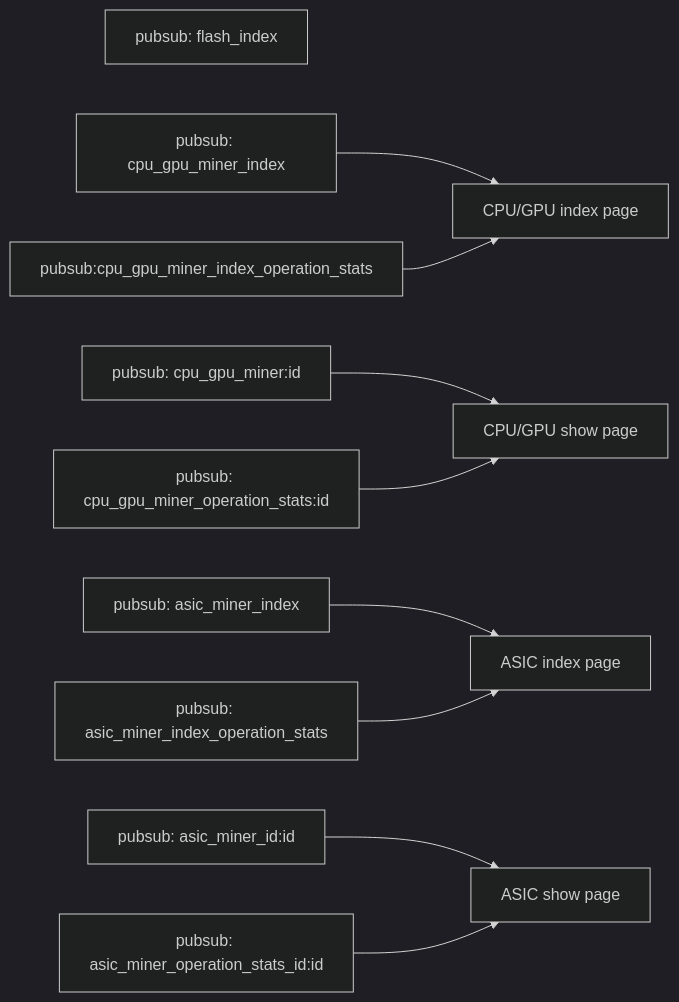
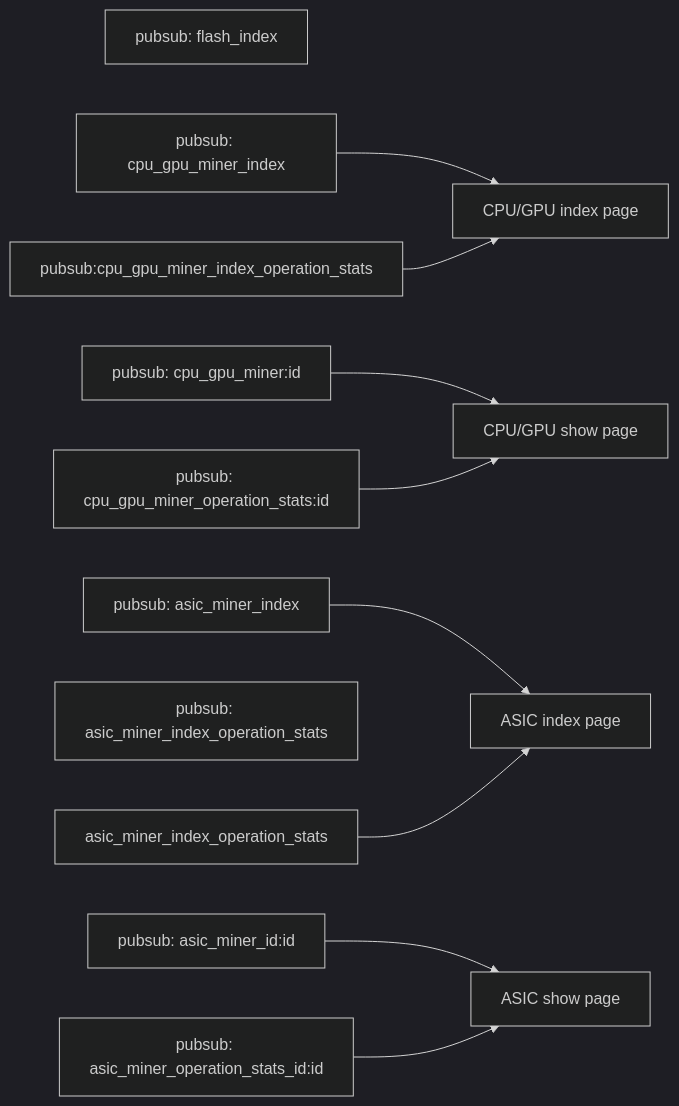
The diagram in docs/042-pubsub-channel-summary.md (nguyenvinhlinh/Mining-Rig-Monitor-Document), drawn with Mermaid (dark theme) before and after one commit. The commit also changed other lines of this file and 5 other files, not shown here.

````diff
--- a/docs/042-pubsub-channel-summary.md
+++ b/docs/042-pubsub-channel-summary.md
@@ -22,31 +23,31 @@
 ```mermaid
 flowchart LR
     flash_index[pubsub: flash_index]
 
     cpu_gpu_miner_index[pubsub: cpu_gpu_miner_index]
     cpu_gpu_miner_index_operation_stats[pubsub:cpu_gpu_miner_index_operation_stats]
     cpu_gpu_miner_id[pubsub: cpu_gpu_miner:id]
     cpu_gpu_miner_operation_stats_id[pubsub: cpu_gpu_miner_operation_stats:id]
 
     asic_miner_index[pubsub: asic_miner_index]
-    asic_miner_index_operation_stats[pubsub: asic_miner_index_operation_stats]
+    asic_miner_aggregated_index[pubsub: asic_miner_index_operation_stats]
     asic_miner_id[pubsub: asic_miner_id:id]
     asic_miner_operation_stats_id[pubsub: asic_miner_operation_stats_id:id]
 
     cpu_gpu_index_page[CPU/GPU index page]
     cpu_gpu_show_page[CPU/GPU show page]
 
     asic_index_page[ASIC index page]
     asic_show_page[ASIC show page]
 
 
     cpu_gpu_miner_index --> cpu_gpu_index_page
     cpu_gpu_miner_index_operation_stats --> cpu_gpu_index_page
     cpu_gpu_miner_id --> cpu_gpu_show_page
     cpu_gpu_miner_operation_stats_id --> cpu_gpu_show_page
 
     asic_miner_index --> asic_index_page
     asic_miner_index_operation_stats --> asic_index_page
     asic_miner_id --> asic_show_page
     asic_miner_operation_stats_id --> asic_show_page
 ```
````
